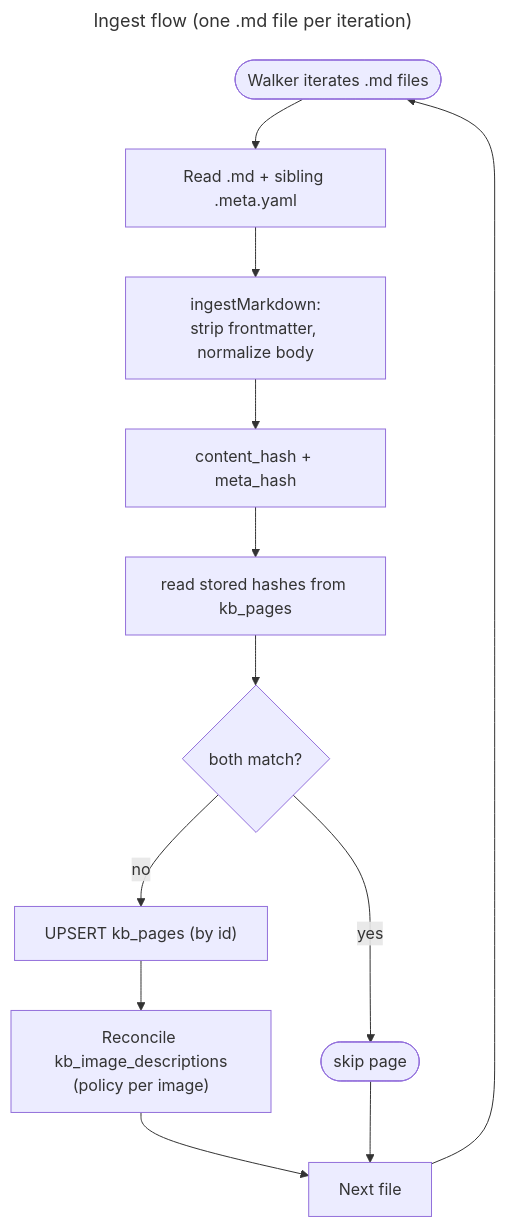
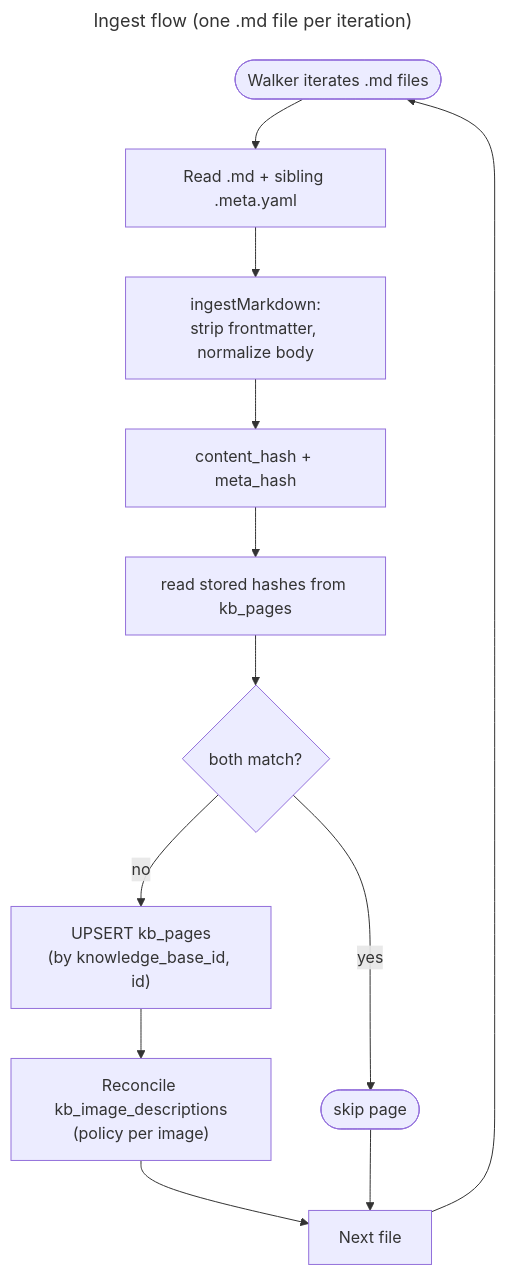
One commit to kyung-lee-official/neuxus changed the diagram in docs/modern-knowledge-base-design/02-ingest.md. Above: the diagram before and after it, drawn with Mermaid. The commit also changed other lines of this file, not shown here.

Commit message:
docs: clarify UPSERT operation in ingest flow by specifying knowledge_base_id in the description

````diff
--- a/docs/modern-knowledge-base-design/02-ingest.md
+++ b/docs/modern-knowledge-base-design/02-ingest.md
@@ -25,18 +25,18 @@
 ```mermaid
 ---
 title: Ingest flow (one .md file per iteration)
 theme: neo-dark
 ---
 flowchart TD
   Walker([Walker iterates .md files]) --> Read["Read .md + sibling .meta.yaml"]
   Read --> Parse["ingestMarkdown:<br/>strip frontmatter, normalize body"]
   Parse --> Hash["content_hash + meta_hash"]
   Hash --> Lookup["read stored hashes from kb_pages"]
   Lookup --> Match{both match?}
   Match -- yes --> Skip([skip page])
-  Match -- no --> Upsert["UPSERT kb_pages (by id)"]
+  Match -- no --> Upsert["UPSERT kb_pages<br/>(by knowledge_base_id, id)"]
   Upsert --> Reconcile["Reconcile kb_image_descriptions<br/>(policy per image)"]
   Reconcile --> Next[Next file]
   Skip --> Next
   Next --> Walker
 ```
````
